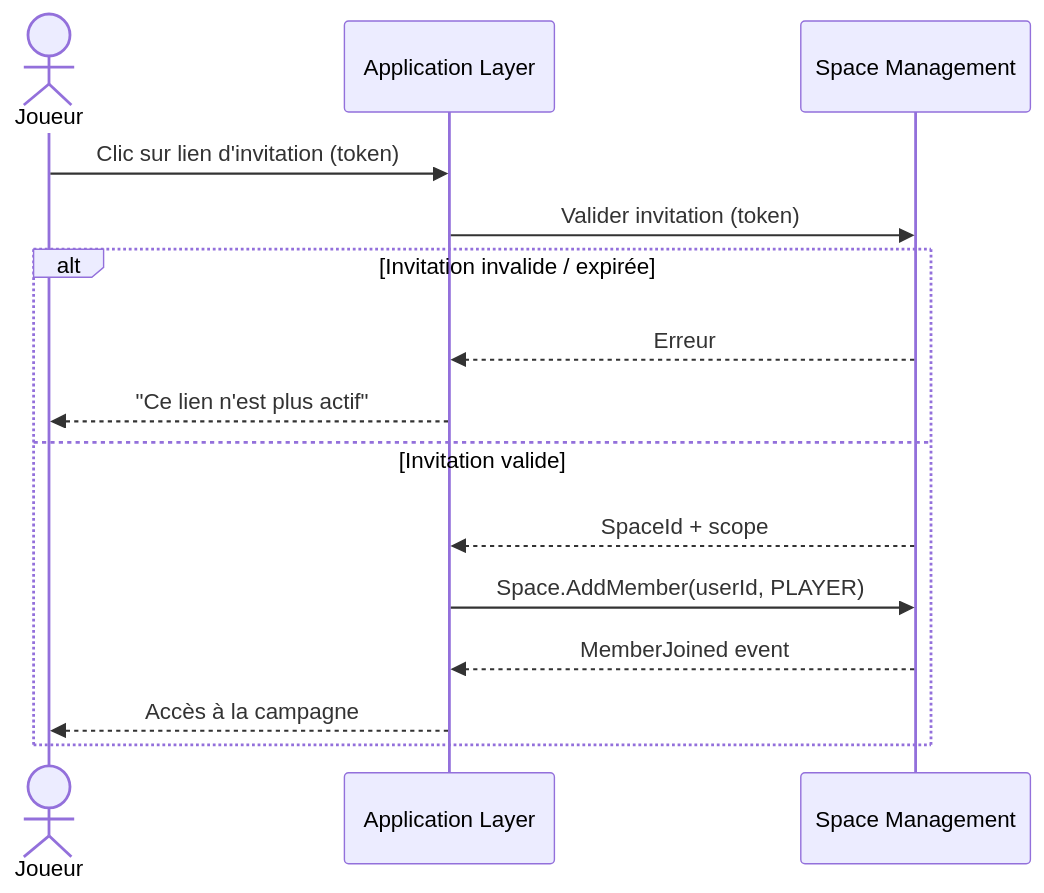
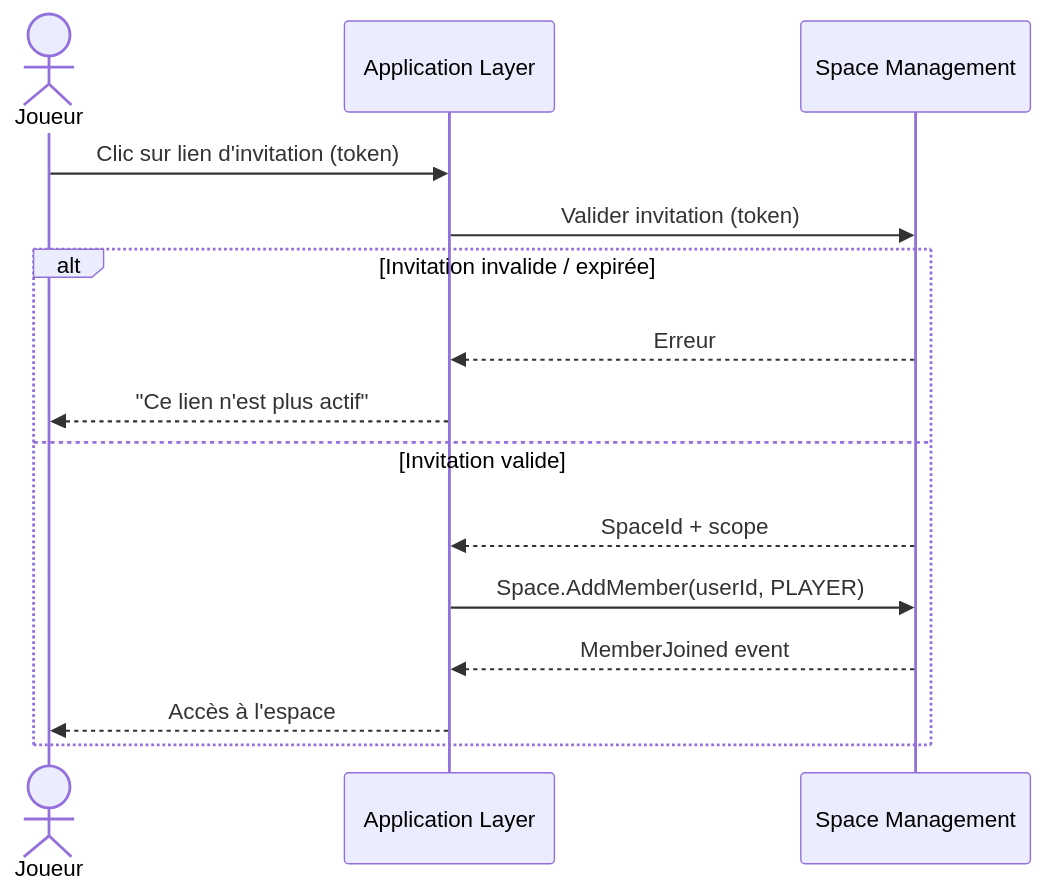
Before and after one commit to 2025-10-CDA-ECO-P6/PM-micro-saas: the third of 7 diagrams in docs/conception/domain/diagrams/flows/space-management.md, drawn with Mermaid. The commit also changed other lines of this file and 68 other files, not shown here.

````diff
--- a/docs/conception/domain/diagrams/flows/space-management.md
+++ b/docs/conception/domain/diagrams/flows/space-management.md
@@ -41,18 +41,18 @@
 ```mermaid
 sequenceDiagram
     actor Joueur
     participant App as Application Layer
-    participant CM as Space Management
+    participant SM as Space Management
 
     Joueur->>App: Clic sur lien d'invitation (token)
-    App->>CM: Valider invitation (token)
+    App->>SM: Valider invitation (token)
     alt Invitation invalide / expirée
-        CM-->>App: Erreur
+        SM-->>App: Erreur
         App-->>Joueur: "Ce lien n'est plus actif"
     else Invitation valide
-        CM-->>App: SpaceId + scope
-        App->>CM: Space.AddMember(userId, PLAYER)
-        CM-->>App: MemberJoined event
-        App-->>Joueur: Accès à la campagne
+        SM-->>App: SpaceId + scope
+        App->>SM: Space.AddMember(userId, PLAYER)
+        SM-->>App: MemberJoined event
+        App-->>Joueur: Accès à l'espace
     end
 ```
````
